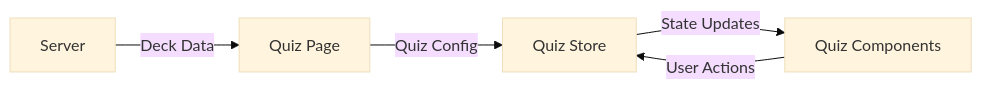
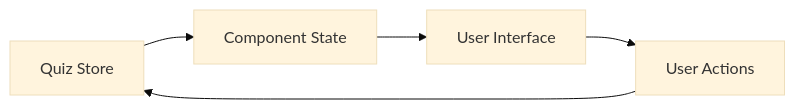
One commit to alexlitinsky/remevi changed the second of 2 diagrams in memory-bank/systemPatterns.md. Above: the diagram before and after it, drawn with Mermaid (base theme). The commit also changed other lines of this file and 18 other files, not shown here.

Commit message:
better quiz ux flow

````diff
--- a/memory-bank/systemPatterns.md
+++ b/memory-bank/systemPatterns.md
@@ -41,7 +91,7 @@
 ```mermaid
 graph LR
-    A[Server] -->|Deck Data| B[Quiz Page]
-    B -->|Quiz Config| C[Quiz Store]
-    C -->|State Updates| D[Quiz Components]
-    D -->|User Actions| C
+    Store[Quiz Store] --> State[Component State]
+    State --> UI[User Interface]
+    UI --> Actions[User Actions]
+    Actions --> Store
 ```
````
